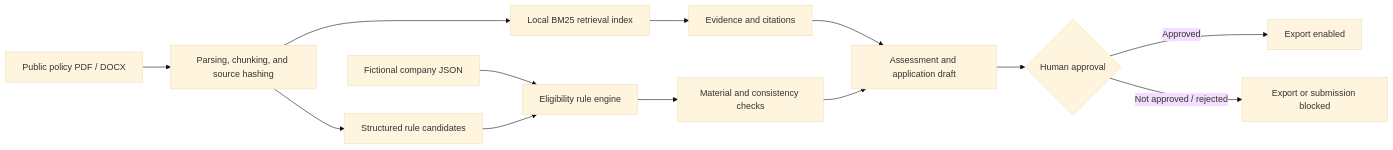
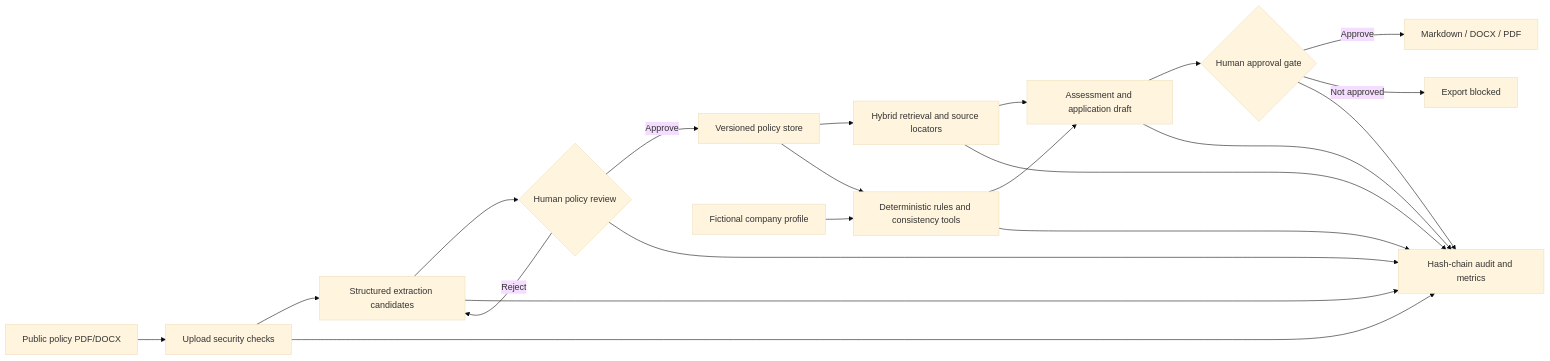
The diagram in README.en.md (jiaotashidi-bi/manufacturing-project-agent), drawn with Mermaid (base theme) before and after one commit. The commit also changed other lines of this file and 39 other files, not shown here.

````diff
--- a/README.en.md
+++ b/README.en.md
@@ -71,15 +27,17 @@
 ```mermaid
 flowchart LR
-    A["Public policy PDF / DOCX"] --> B["Parsing, chunking, and source hashing"]
-    B --> C["Local BM25 retrieval index"]
-    B --> D["Structured rule candidates"]
-    E["Fictional company JSON"] --> F["Eligibility rule engine"]
-    D --> F
-    C --> G["Evidence and citations"]
-    F --> H["Material and consistency checks"]
-    G --> I["Assessment and application draft"]
-    H --> I
-    I --> J{"Human approval"}
-    J -->|Approved| K["Export enabled"]
-    J -->|Not approved / rejected| L["Export or submission blocked"]
+    A["Public policy PDF/DOCX"] --> B["Upload security checks"]
+    B --> C["Structured extraction candidates"]
+    C --> D{"Human policy review"}
+    D -->|Approve| E["Versioned policy store"]
+    D -->|Reject| C
+    F["Fictional company profile"] --> G["Deterministic rules and consistency tools"]
+    E --> H["Hybrid retrieval and source locators"]
+    E --> G
+    H --> I["Assessment and application draft"]
+    G --> I
+    I --> J{"Human approval gate"}
+    J -->|Approve| K["Markdown / DOCX / PDF"]
+    J -->|Not approved| L["Export blocked"]
+    B & C & D & G & H & I & J --> M["Hash-chain audit and metrics"]
 ```
````
